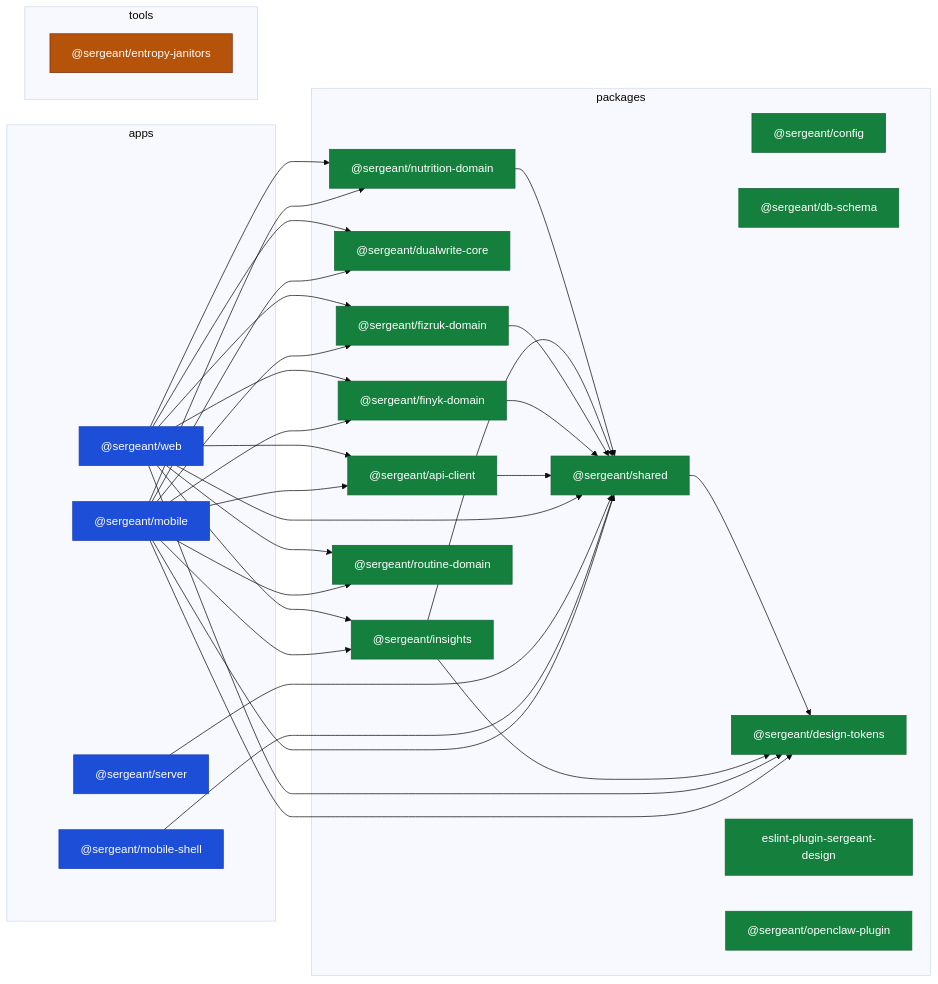
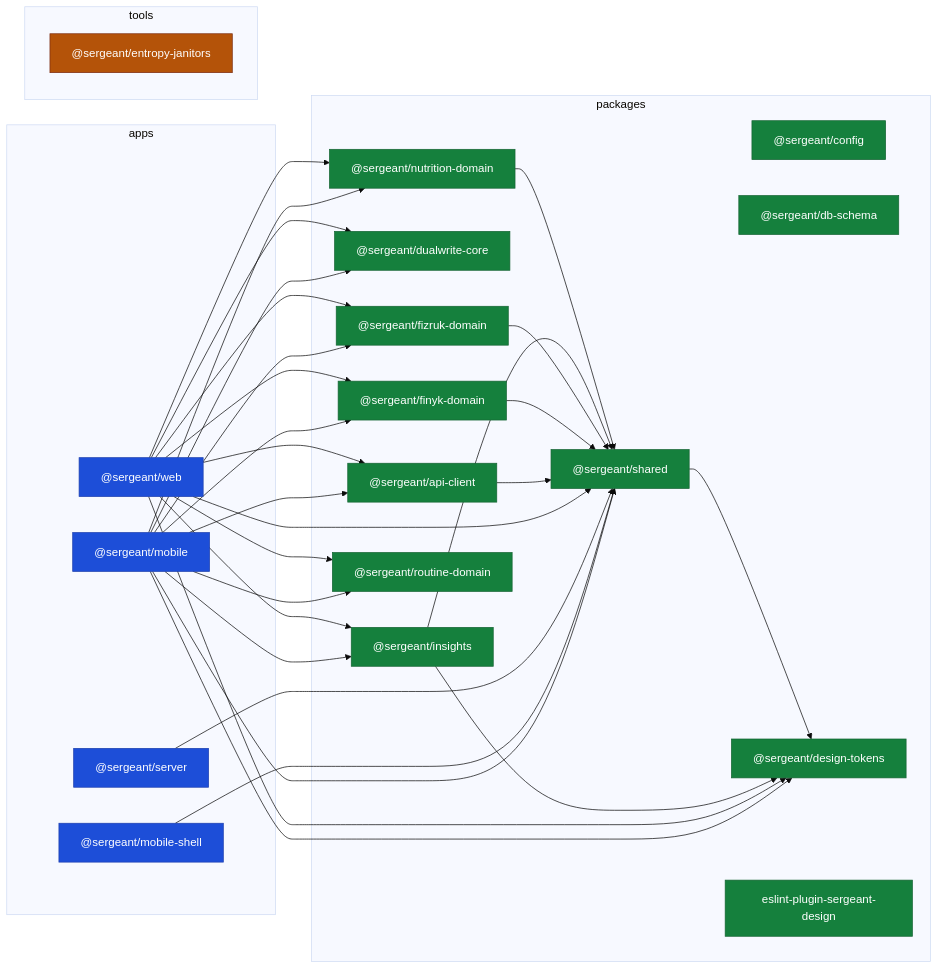
The diagram in docs/02-engineering/architecture/diagrams/c3-workspaces.md (SkOrDs-02/sergeant), drawn with Mermaid (base theme) before and after one commit. The commit also changed other lines of this file and 36 other files, not shown here.

````diff
--- a/docs/02-engineering/architecture/diagrams/c3-workspaces.md
+++ b/docs/02-engineering/architecture/diagrams/c3-workspaces.md
@@ -14,61 +14,60 @@
 ```mermaid
 flowchart LR
     subgraph apps["apps"]
         apps_mobile["@sergeant/mobile"]
         apps_mobile_shell["@sergeant/mobile-shell"]
         apps_server["@sergeant/server"]
         apps_web["@sergeant/web"]
     end
     subgraph tools["tools"]
         tools_entropy_janitors["@sergeant/entropy-janitors"]
     end
     subgraph packages["packages"]
         packages_api_client["@sergeant/api-client"]
         packages_config["@sergeant/config"]
         packages_db_schema["@sergeant/db-schema"]
         packages_design_tokens["@sergeant/design-tokens"]
         packages_dualwrite_core["@sergeant/dualwrite-core"]
         packages_eslint_plugin_sergeant_design["eslint-plugin-sergeant-design"]
         packages_finyk_domain["@sergeant/finyk-domain"]
         packages_fizruk_domain["@sergeant/fizruk-domain"]
         packages_insights["@sergeant/insights"]
         packages_nutrition_domain["@sergeant/nutrition-domain"]
-        packages_openclaw_plugin["@sergeant/openclaw-plugin"]
         packages_routine_domain["@sergeant/routine-domain"]
         packages_shared["@sergeant/shared"]
     end
     apps_mobile --> packages_api_client
     apps_mobile --> packages_design_tokens
     apps_mobile --> packages_dualwrite_core
     apps_mobile --> packages_finyk_domain
     apps_mobile --> packages_fizruk_domain
     apps_mobile --> packages_insights
     apps_mobile --> packages_nutrition_domain
     apps_mobile --> packages_routine_domain
     apps_mobile --> packages_shared
     apps_mobile_shell --> packages_shared
     apps_server --> packages_shared
     apps_web --> packages_api_client
     apps_web --> packages_design_tokens
     apps_web --> packages_dualwrite_core
     apps_web --> packages_finyk_domain
     apps_web --> packages_fizruk_domain
     apps_web --> packages_insights
     apps_web --> packages_nutrition_domain
     apps_web --> packages_routine_domain
     apps_web --> packages_shared
     packages_api_client --> packages_shared
     packages_finyk_domain --> packages_shared
     packages_fizruk_domain --> packages_shared
     packages_insights --> packages_design_tokens
     packages_insights --> packages_shared
     packages_nutrition_domain --> packages_shared
     packages_shared --> packages_design_tokens
 
     classDef app fill:#1d4ed8,stroke:#1e40af,color:#fff
     classDef tool fill:#b45309,stroke:#7c2d12,color:#fff
     classDef package fill:#15803d,stroke:#166534,color:#fff
     class apps_mobile,apps_mobile_shell,apps_server,apps_web app
     class tools_entropy_janitors tool
-    class packages_api_client,packages_config,packages_db_schema,packages_design_tokens,packages_dualwrite_core,packages_eslint_plugin_sergeant_design,packages_finyk_domain,packages_fizruk_domain,packages_insights,packages_nutrition_domain,packages_openclaw_plugin,packages_routine_domain,packages_shared package
+    class packages_api_client,packages_config,packages_db_schema,packages_design_tokens,packages_dualwrite_core,packages_eslint_plugin_sergeant_design,packages_finyk_domain,packages_fizruk_domain,packages_insights,packages_nutrition_domain,packages_routine_domain,packages_shared package
 ```
````
